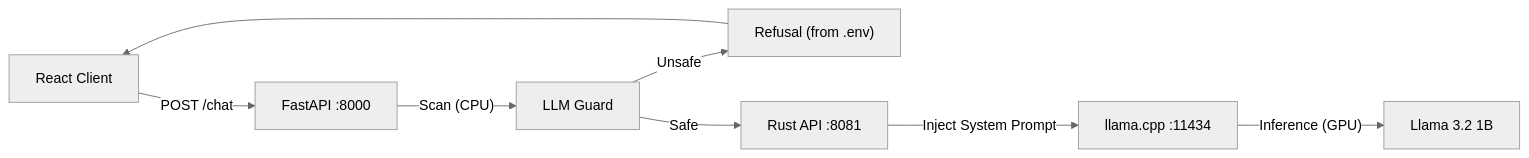
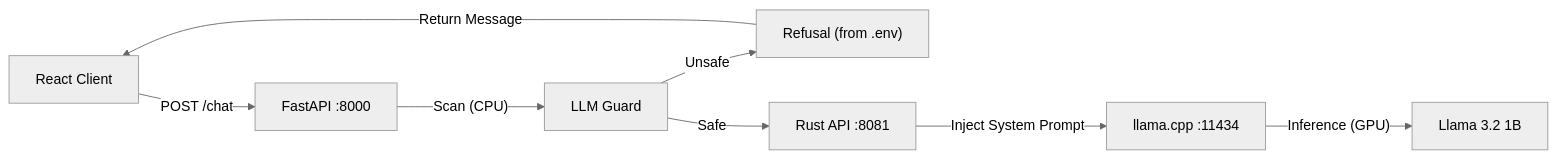
The diagram in README.md (J-Code-Sigma/llama3.2-i74790-gtx960-cuda-fastapi-rust-chat), drawn with Mermaid (neutral theme) before and after one commit.

Commit message:
readme update fork again

````diff
--- a/README.md
+++ b/README.md
@@ -20,12 +20,12 @@
 ```mermaid
 graph LR
     Client["React Client"] -->|"POST /chat"| FastAPI["FastAPI :8000"]
     FastAPI -->|"Scan (CPU)"| Scanners["LLM Guard"]
     
     Scanners -->|"Unsafe"| Block["Refusal (from .env)"]
-    Block --> Client
+    Block -->|"Return Message"| Client
     
     Scanners -->|"Safe"| RustAPI["Rust API :8081"]
     RustAPI -->|"Inject System Prompt"| LlamaCPP["llama.cpp :11434"]
     LlamaCPP -->|"Inference (GPU)"| Model["Llama 3.2 1B"]
 ```
````
